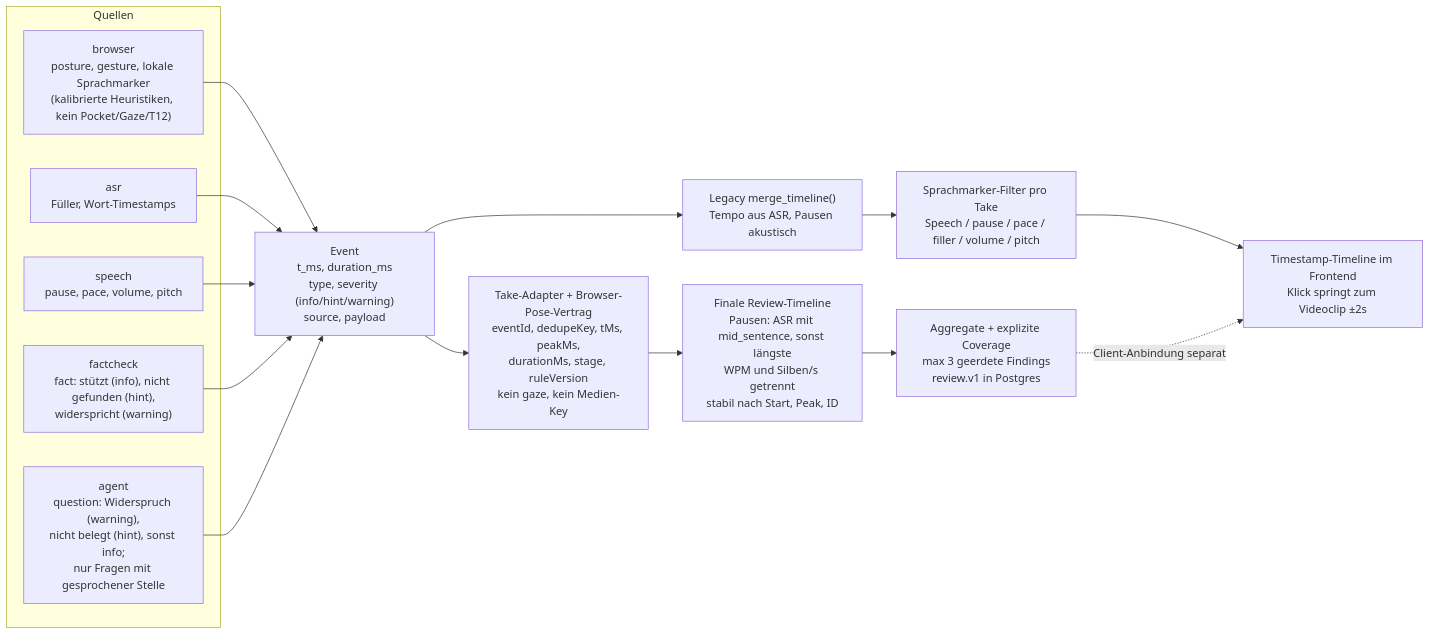
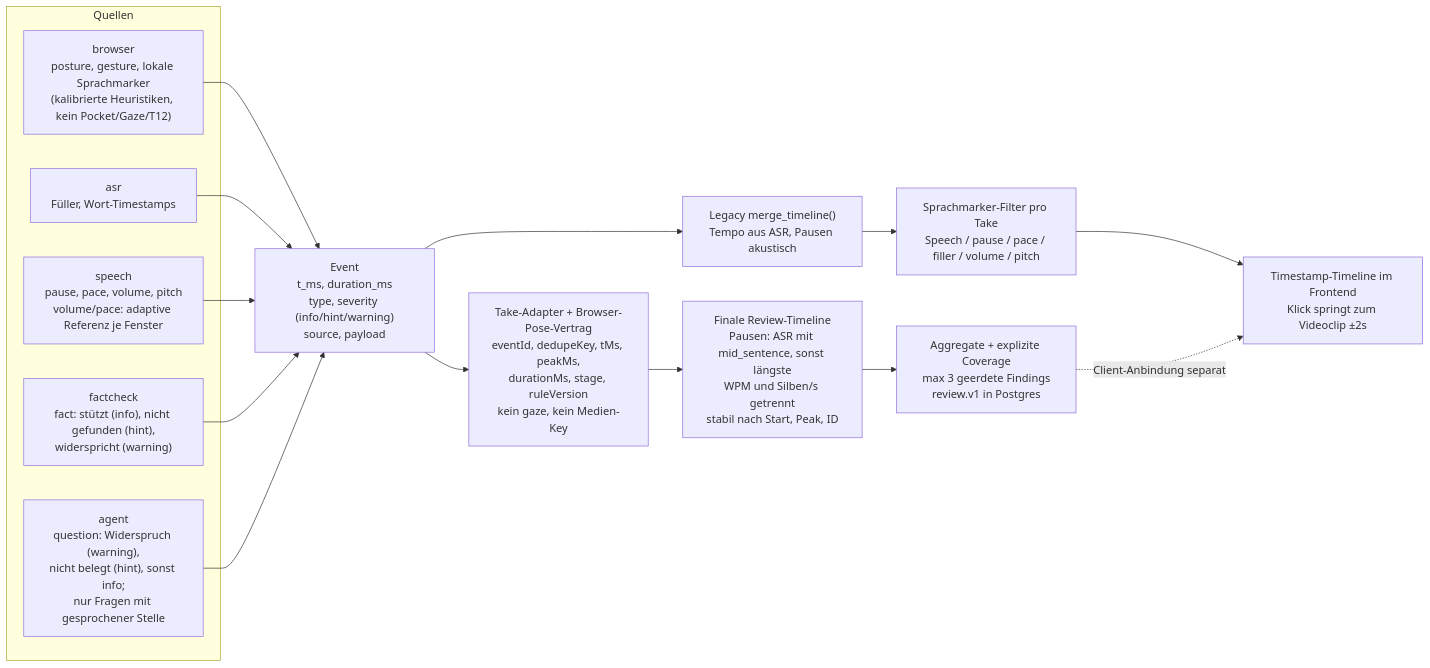
Before and after one commit to johannes3502/hackathon-fulda: diagram 11 of 12 in docs/03-architecture.md, drawn with Mermaid. The commit also changed other lines of this file and 28 other files, not shown here.

````diff
--- a/docs/03-architecture.md
+++ b/docs/03-architecture.md
@@ -580,26 +582,26 @@
 ```mermaid
 flowchart LR
     subgraph Quellen
         B["browser<br/>posture, gesture, lokale Sprachmarker<br/>(kalibrierte Heuristiken, kein Pocket/Gaze/T12)"]
         A["asr<br/>Füller, Wort-Timestamps"]
-        S["speech<br/>pause, pace, volume, pitch"]
+        S["speech<br/>pause, pace, volume, pitch<br/>volume/pace: adaptive Referenz je Fenster"]
         F["factcheck<br/>fact: stützt (info), nicht gefunden (hint),<br/>widerspricht (warning)"]
         G["agent<br/>question: Widerspruch (warning),<br/>nicht belegt (hint), sonst info;<br/>nur Fragen mit gesprochener Stelle"]
     end
 
     EV["Event<br/>t_ms, duration_ms<br/>type, severity (info/hint/warning)<br/>source, payload"]
 
     B --> EV
     A --> EV
     S --> EV
     F --> EV
     G --> EV
 
     EV --> MT["Legacy merge_timeline()<br/>Tempo aus ASR, Pausen akustisch"]
     EV --> PERSIST["Take-Adapter + Browser-Pose-Vertrag<br/>eventId, dedupeKey, tMs, peakMs,<br/>durationMs, stage, ruleVersion<br/>kein gaze, kein Medien-Key"]
     PERSIST --> REVIEWMERGE["Finale Review-Timeline<br/>Pausen: ASR mit mid_sentence, sonst längste<br/>WPM und Silben/s getrennt<br/>stabil nach Start, Peak, ID"]
     REVIEWMERGE --> REPORT["Aggregate + explizite Coverage<br/>max 3 geerdete Findings<br/>review.v1 in Postgres"]
     MT --> FILTER["Sprachmarker-Filter pro Take<br/>Speech / pause / pace / filler / volume / pitch"]
     FILTER --> UI["Timestamp-Timeline im Frontend<br/>Klick springt zum Videoclip ±2s"]
     REPORT -. "Client-Anbindung separat" .-> UI
 ```
````
